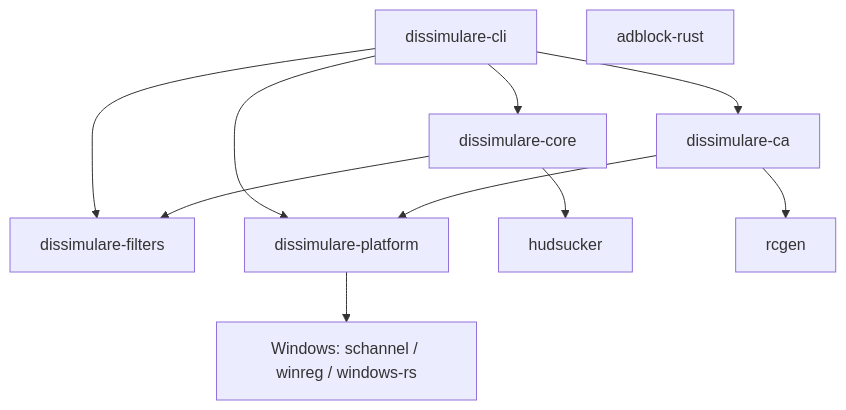
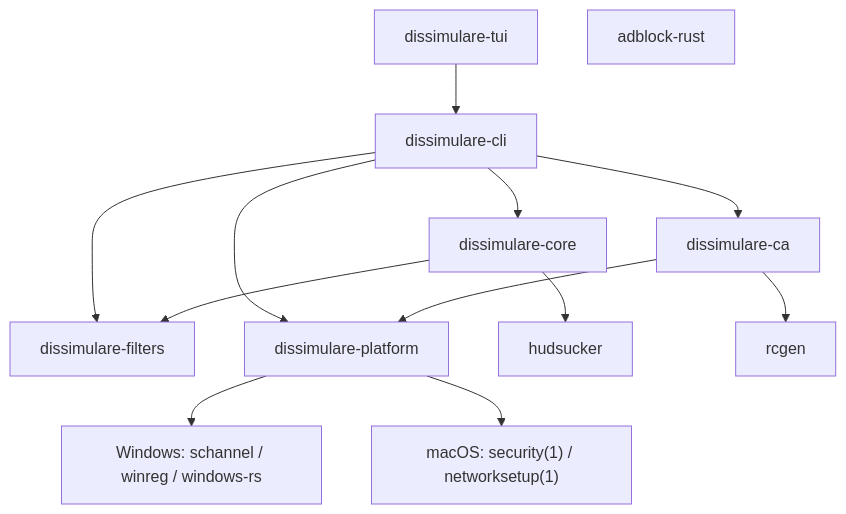
The diagram in README.md (viincnt/Dissimulare), drawn with Mermaid before and after one commit. The commit also changed other lines of this file and 14 other files, not shown here.

First line of the commit message:
Add macOS platform support and dissimulare-tui

````diff
--- a/README.md
+++ b/README.md
@@ -106,25 +109,30 @@
 ```mermaid
 flowchart TD
 
+TUI[dissimulare-tui]
 CLI[dissimulare-cli]
 CORE[dissimulare-core]
 FILTERS[dissimulare-filters]
 CA[dissimulare-ca]
 PLATFORM[dissimulare-platform]
 
 HUD[hudsucker]
 ADB[adblock-rust]
 RCGEN[rcgen]
 WIN["Windows: schannel / winreg / windows-rs"]
+MAC["macOS: security(1) / networksetup(1)"]
+
+TUI --> CLI
 
 CLI --> CORE
 CLI --> CA
 CLI --> FILTERS
 CLI --> PLATFORM
 
 CORE --> HUD
 CORE --> FILTERS
 CA --> RCGEN
 CA --> PLATFORM
 PLATFORM --> WIN
+PLATFORM --> MAC
 ```
````
